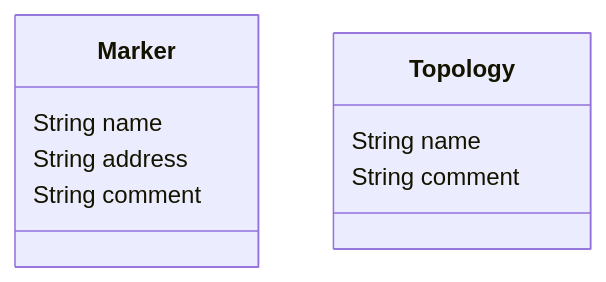
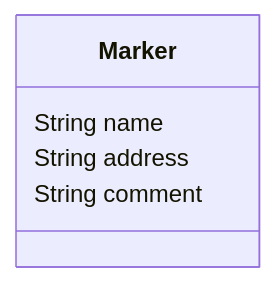
One commit to YannCaron/Android-ENSG-Spatiaroom-TP changed the diagram in README.md. Above: the diagram before and after it, drawn with Mermaid.

Commit message:
fix class diagram

````diff
--- a/README.md
+++ b/README.md
@@ -116,8 +116,8 @@
 ```mermaid
 classDiagram
-Marker : String name
-Marker : String address
-Marker : String comment
-Topology : String name
-Topology : String comment
+class Marker {
+    String name
+    String address
+    String comment
+} 
 ```
````
